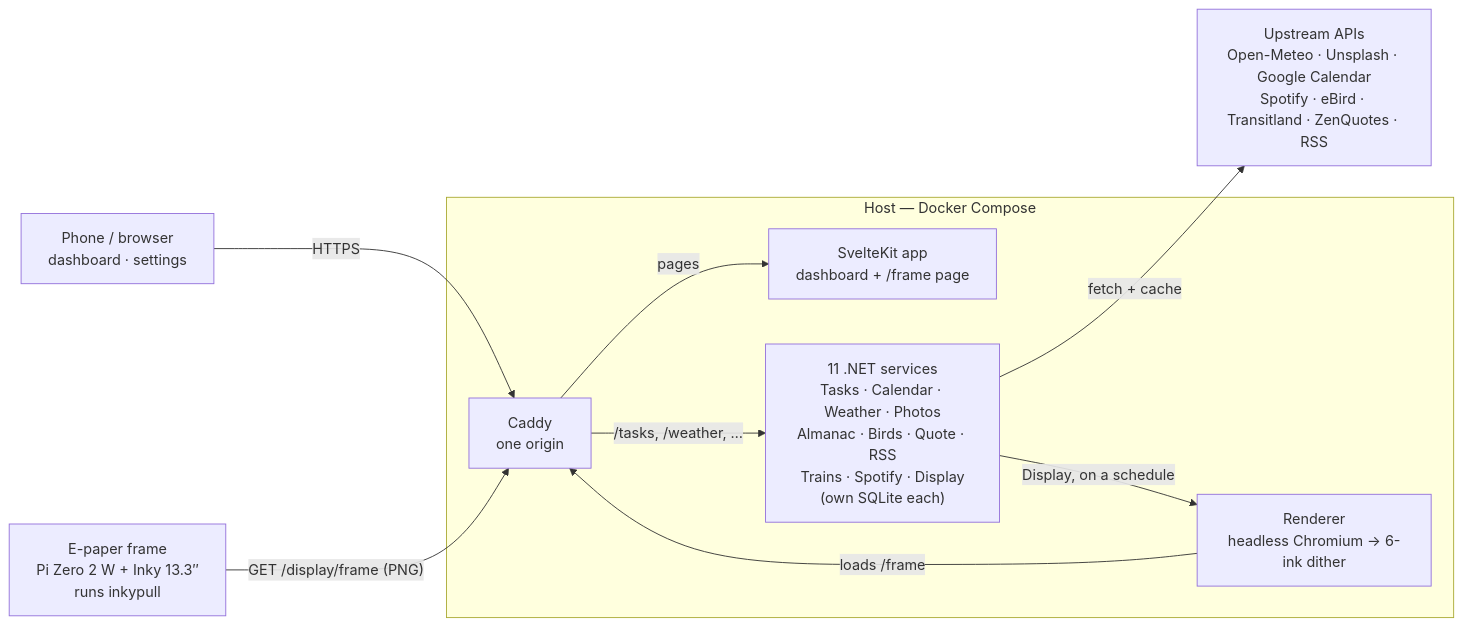
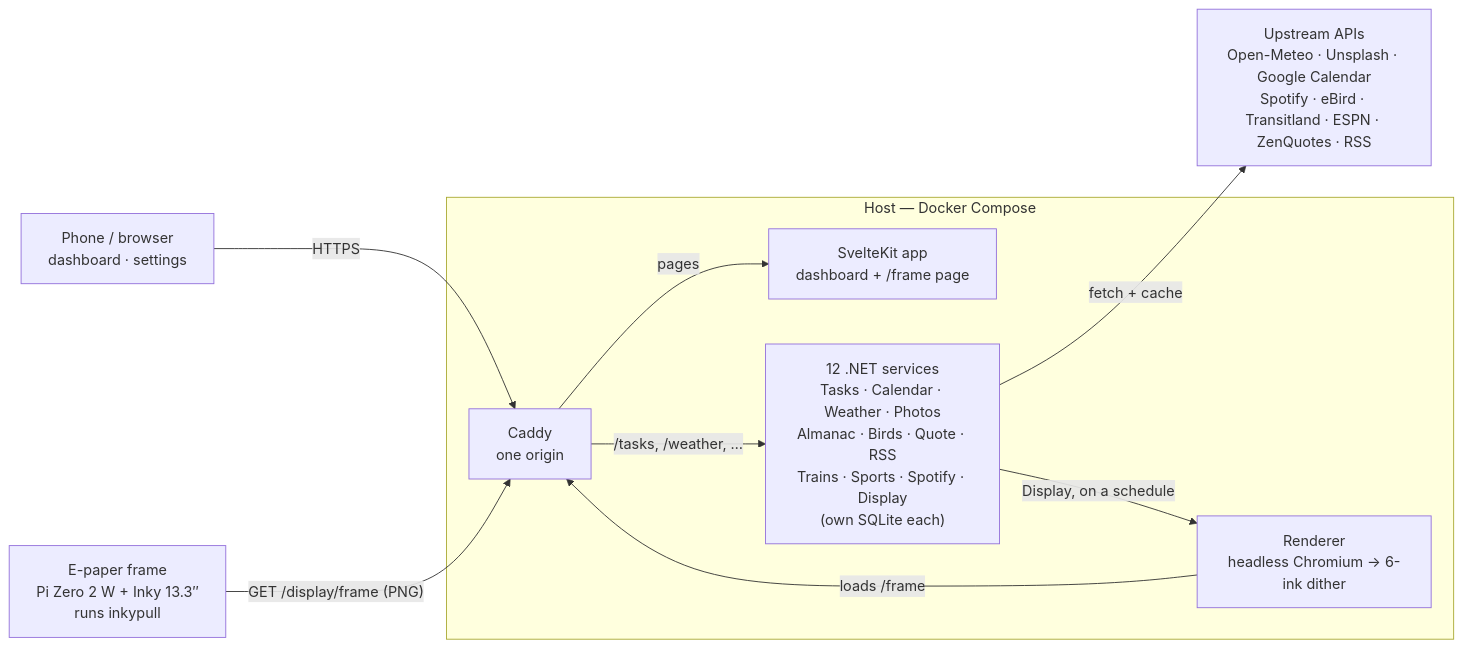
One commit to lrv1668-gif/Hearth changed the diagram in README.md. Above: the diagram before and after it, drawn with Mermaid. The commit also changed other lines of this file and 43 other files, not shown here.

````diff
--- a/README.md
+++ b/README.md
@@ -28,21 +28,21 @@
 ```mermaid
 flowchart LR
     browser["Phone / browser<br/>dashboard · settings"]
     frame["E-paper frame<br/>Pi Zero 2 W + Inky 13.3″<br/>runs inkypull"]
-    apis["Upstream APIs<br/>Open-Meteo · Unsplash · Google Calendar<br/>Spotify · eBird · Transitland · ZenQuotes · RSS"]
+    apis["Upstream APIs<br/>Open-Meteo · Unsplash · Google Calendar<br/>Spotify · eBird · Transitland · ESPN · ZenQuotes · RSS"]
 
     subgraph host["Host — Docker Compose"]
         caddy["Caddy<br/>one origin"]
         web["SvelteKit app<br/>dashboard + /frame page"]
-        services["11 .NET services<br/>Tasks · Calendar · Weather · Photos<br/>Almanac · Birds · Quote · RSS<br/>Trains · Spotify · Display<br/>(own SQLite each)"]
+        services["12 .NET services<br/>Tasks · Calendar · Weather · Photos<br/>Almanac · Birds · Quote · RSS<br/>Trains · Sports · Spotify · Display<br/>(own SQLite each)"]
         renderer["Renderer<br/>headless Chromium → 6-ink dither"]
     end
 
     browser -->|HTTPS| caddy
     frame -->|"GET /display/frame (PNG)"| caddy
     caddy -->|pages| web
     caddy -->|"/tasks, /weather, …"| services
     services -->|fetch + cache| apis
     services -->|"Display, on a schedule"| renderer
     renderer -->|"loads /frame"| caddy
 ```
````
